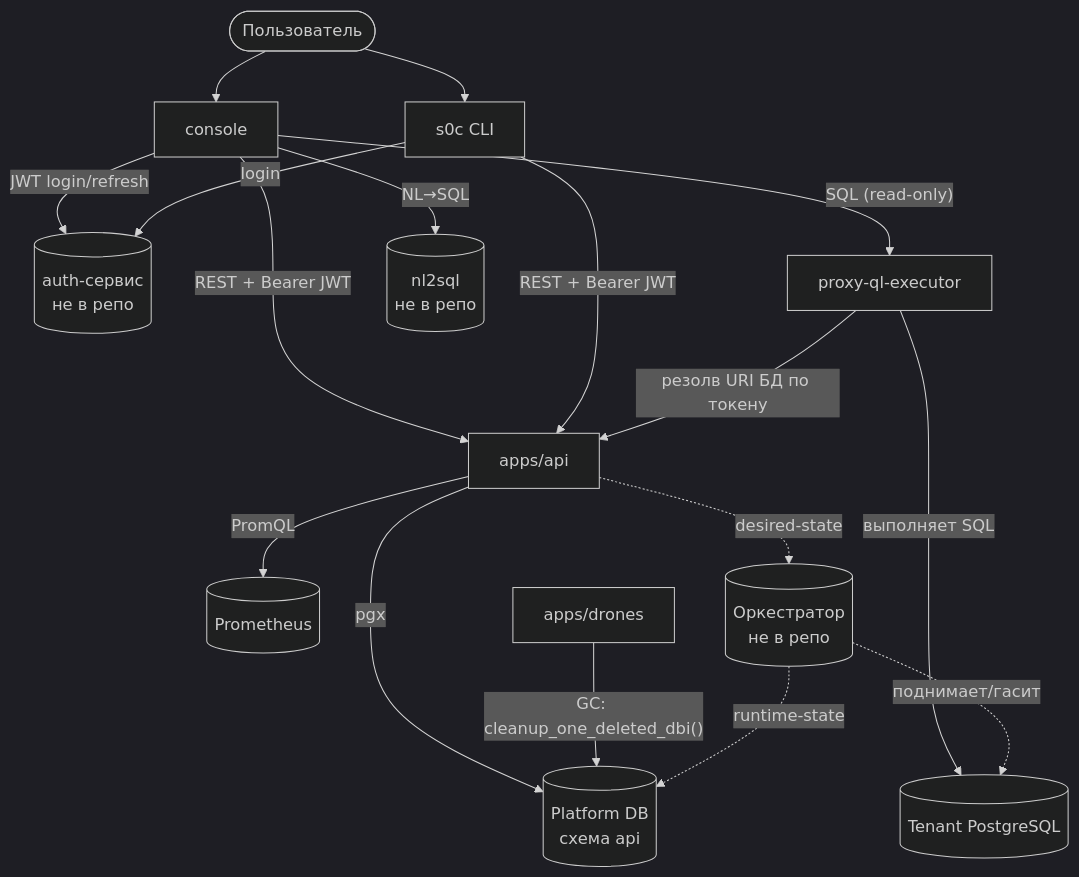
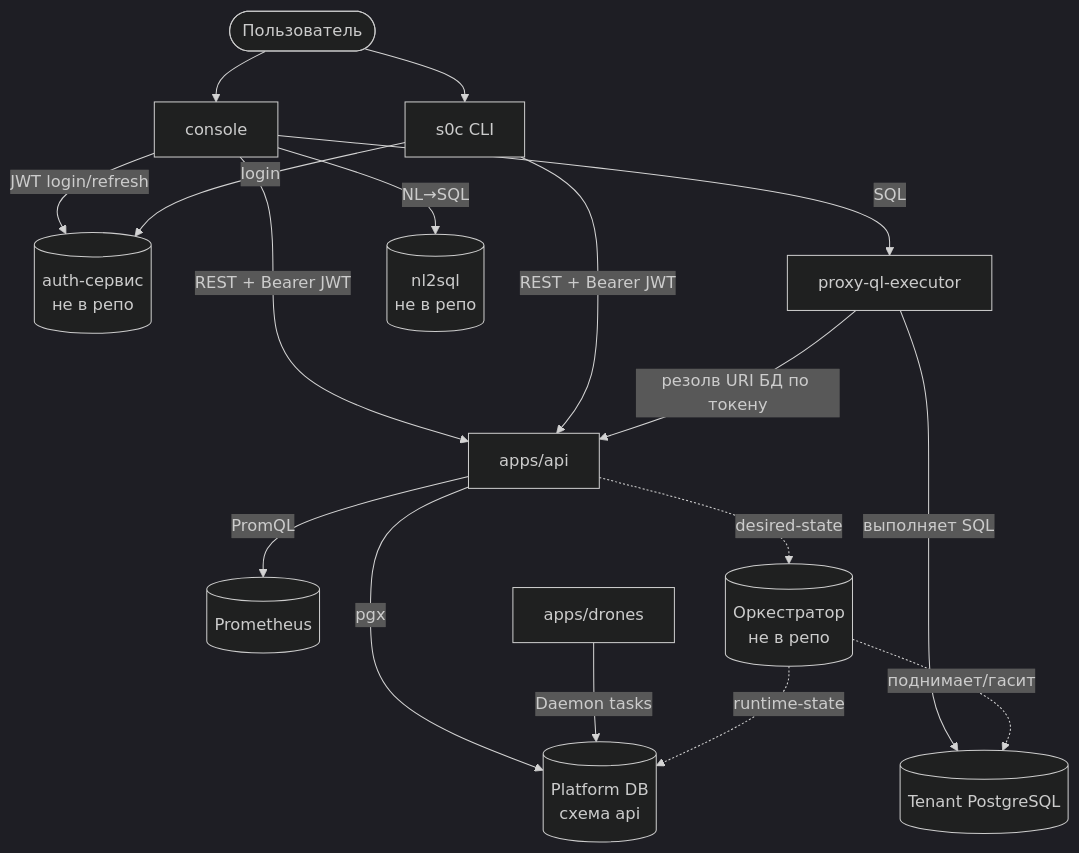
The diagram in ARCHITECTURE.md (sb0rka/sb0rka), drawn with Mermaid (dark theme) before and after one commit. The commit also changed other lines of this file and 24 other files, not shown here.

````diff
--- a/ARCHITECTURE.md
+++ b/ARCHITECTURE.md
@@ -33,23 +33,23 @@
 ```mermaid
 flowchart TB
     user([Пользователь])
     user --> console[console]
     user --> s0c[s0c CLI]
 
     console -- "JWT login/refresh" --> auth[(auth-сервис<br/>не в репо)]
     s0c -- "login" --> auth
     console -- "REST + Bearer JWT" --> api[apps/api]
     s0c -- "REST + Bearer JWT" --> api
-    console -- "SQL (read-only)" --> proxy[proxy-ql-executor]
+    console -- "SQL" --> proxy[proxy-ql-executor]
     console -- "NL→SQL" --> nl2sql[(nl2sql<br/>не в репо)]
 
     api -- "pgx" --> pdb[(Platform DB<br/>схема api)]
     api -- "PromQL" --> prom[(Prometheus)]
-    drones[apps/drones] -- "GC: cleanup_one_deleted_dbi()" --> pdb
+    drones[apps/drones] -- "Daemon tasks" --> pdb
     proxy -- "резолв URI БД по токену" --> api
     proxy -- "выполняет SQL" --> tdb[(Tenant PostgreSQL)]
 
     api -. "desired-state" .-> orch[(Оркестратор<br/>не в репо)]
     orch -. "поднимает/гасит" .-> tdb
     orch -. "runtime-state" .-> pdb
 ```
````
